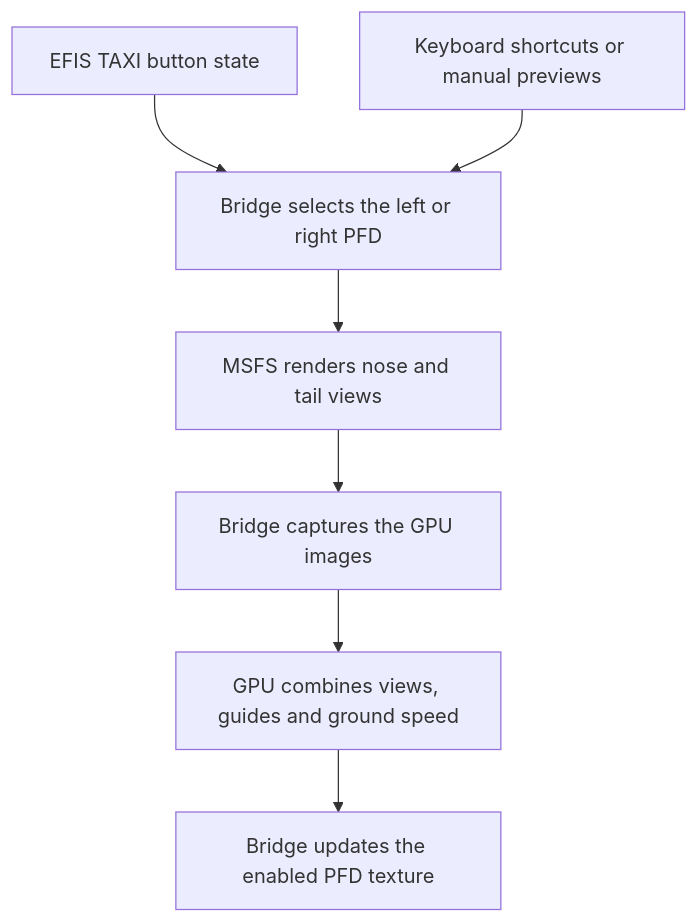
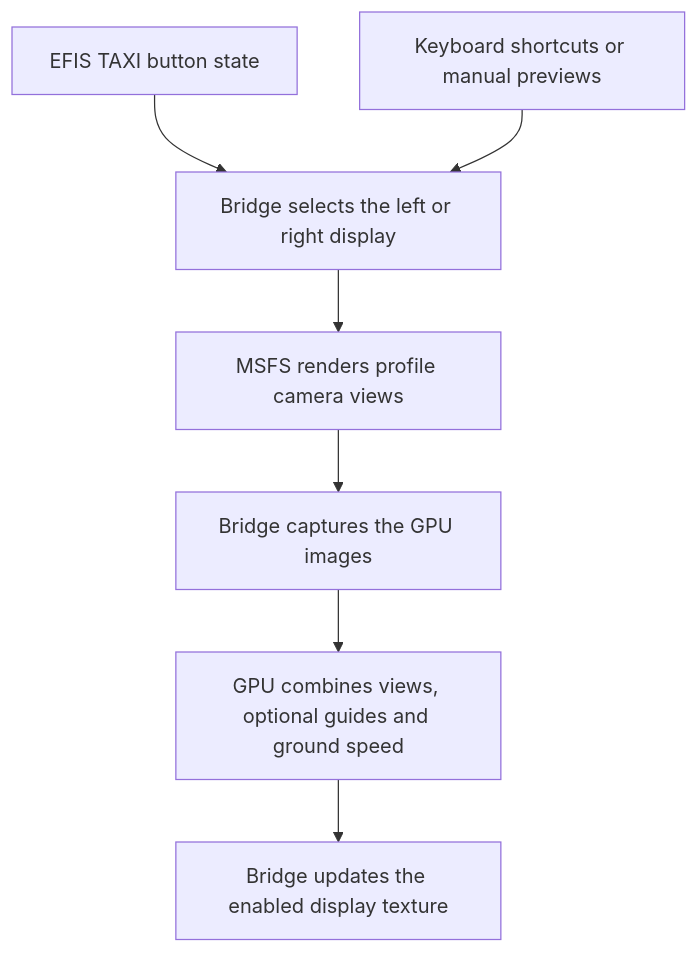
The diagram in docs/architecture.md (bigmoussi/taxi-cam), drawn with Mermaid before and after one commit. The commit also changed other lines of this file and 3 other files, not shown here.

```diff
--- a/docs/architecture.md
+++ b/docs/architecture.md
@@ -11,9 +11,9 @@
 ~~~mermaid
 flowchart TD
-    Button["EFIS TAXI button state"] --> Control["Bridge selects the left or right PFD"]
+    Button["EFIS TAXI button state"] --> Control["Bridge selects the left or right display"]
     Manual["Keyboard shortcuts or manual previews"] --> Control
-    Control --> Cameras["MSFS renders nose and tail views"]
+    Control --> Cameras["MSFS renders profile camera views"]
     Cameras --> Capture["Bridge captures the GPU images"]
-    Capture --> Combine["GPU combines views, guides and ground speed"]
-    Combine --> Display["Bridge updates the enabled PFD texture"]
+    Capture --> Combine["GPU combines views, optional guides and ground speed"]
+    Combine --> Display["Bridge updates the enabled display texture"]
 ~~~
```
